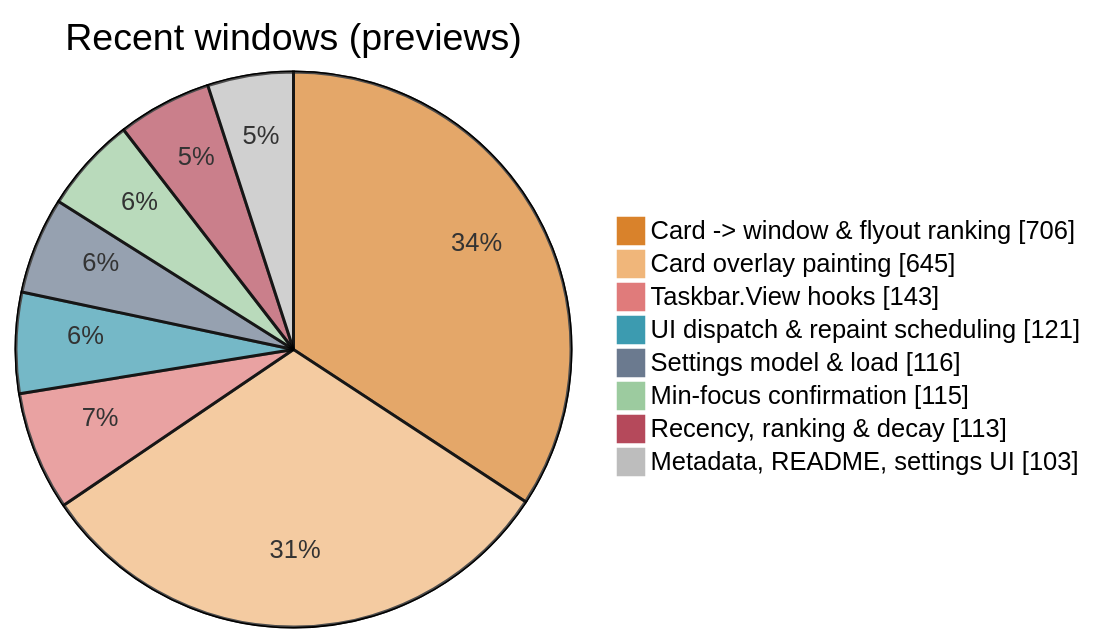
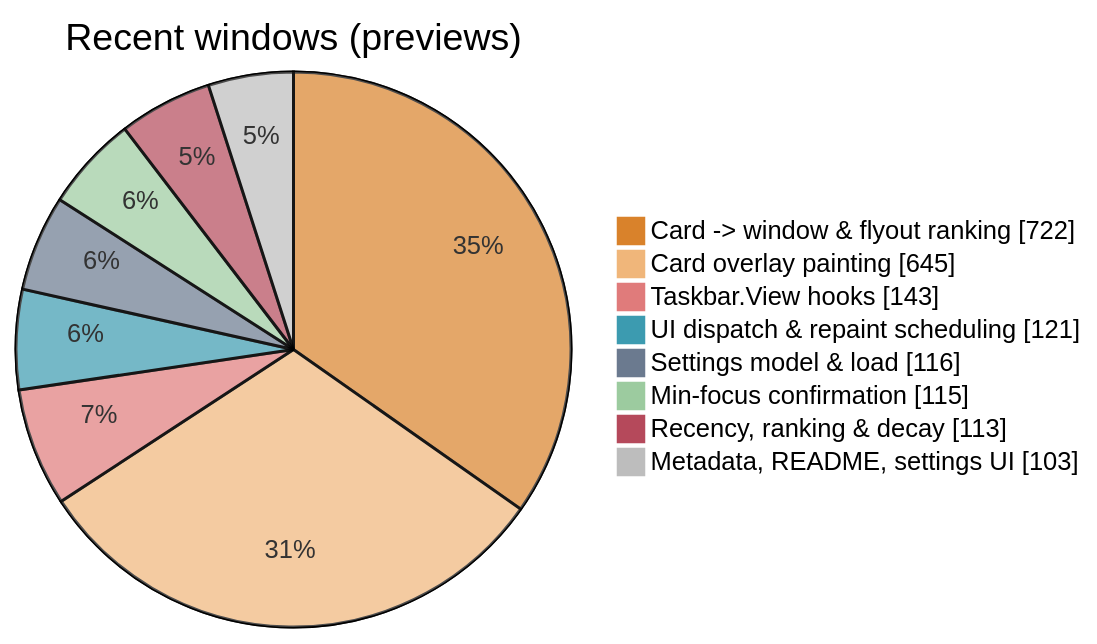
One commit to jvlasek/taskbar-recent-focus-highlight changed the fifth of 5 diagrams in doc/code/code-breakdown.md. Above: the diagram before and after it, drawn with Mermaid. The commit also changed other lines of this file and 13 other files, not shown here.

````diff
--- a/doc/code/code-breakdown.md
+++ b/doc/code/code-breakdown.md
@@ -153,12 +153,12 @@
 ```mermaid
 %%{init: {"themeVariables": {"pie1": "#D9822B", "pie2": "#F0B67A", "pie3": "#E07B7B", "pie4": "#3C9BB0", "pie5": "#6B7A8F", "pie6": "#9CCB9F", "pie7": "#B5495B", "pie8": "#BDBDBD", "pieOuterStrokeWidth": "1px"}}}%%
 pie showData title Recent windows (previews)
-    "Card -> window & flyout ranking" : 706
+    "Card -> window & flyout ranking" : 722
     "Card overlay painting" : 645
     "Taskbar.View hooks" : 143
     "UI dispatch & repaint scheduling" : 121
     "Settings model & load" : 116
     "Min-focus confirmation" : 115
     "Recency, ranking & decay" : 113
     "Metadata, README, settings UI" : 103
 ```
````
